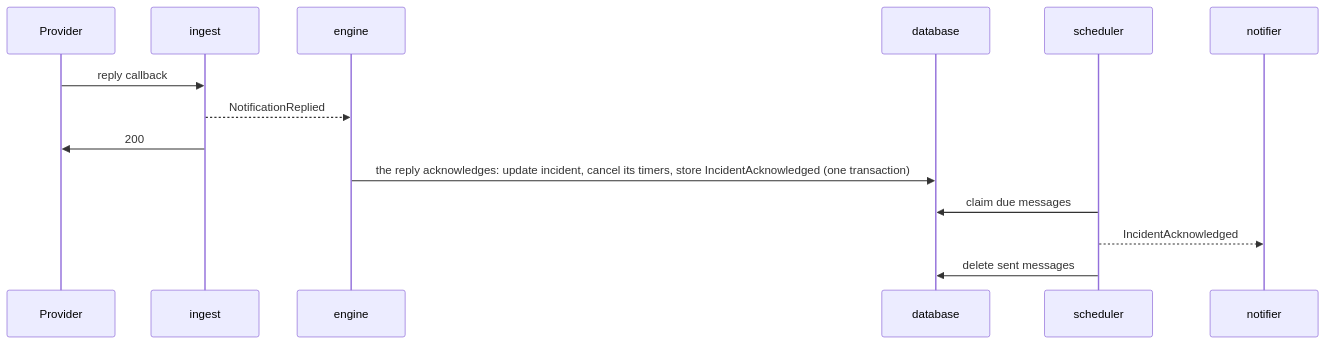
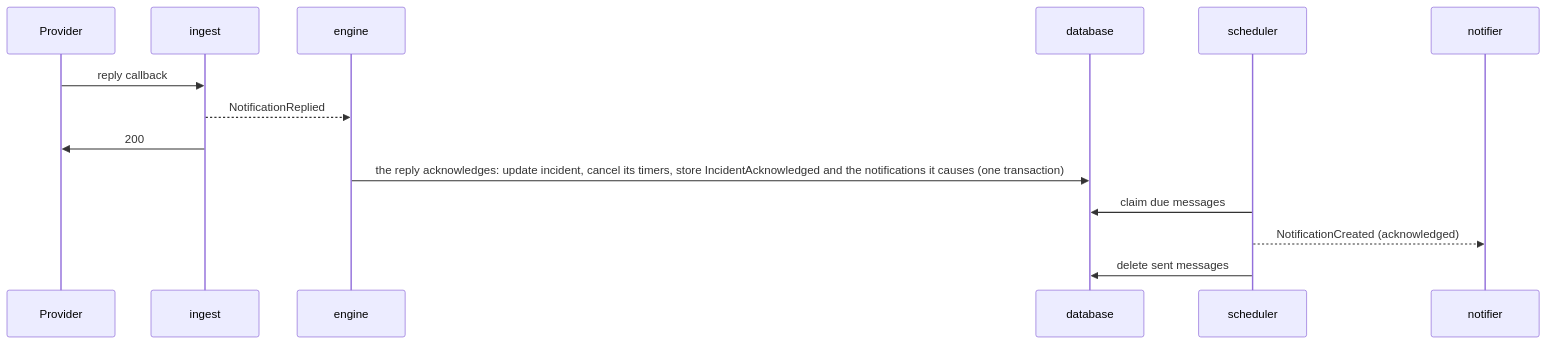
Before and after one commit to murphyhq/server: the fifth of 5 diagrams in docs/architecture.md, drawn with Mermaid. The commit also changed other lines of this file, not shown here.

First line of the commit message:
docs: notifier gets notifications that say where to send, signed webhooks (#44)

````diff
--- a/docs/architecture.md
+++ b/docs/architecture.md
@@ -177,16 +185,16 @@
 ```mermaid
 sequenceDiagram
   participant P as Provider
   participant I as ingest
   participant E as engine
   participant D as database
   participant S as scheduler
   participant N as notifier
   P->>I: reply callback
   I-->>E: NotificationReplied
   I->>P: 200
-  E->>D: the reply acknowledges: update incident, cancel its timers, store IncidentAcknowledged (one transaction)
+  E->>D: the reply acknowledges: update incident, cancel its timers, store IncidentAcknowledged and the notifications it causes (one transaction)
   S->>D: claim due messages
-  S-->>N: IncidentAcknowledged
+  S-->>N: NotificationCreated (acknowledged)
   S->>D: delete sent messages
 ```
````
